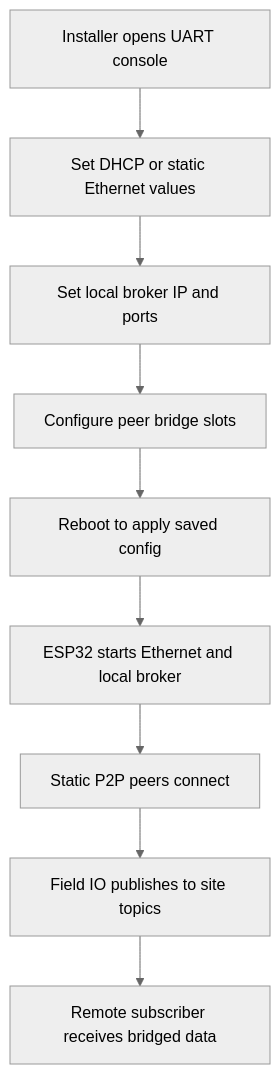
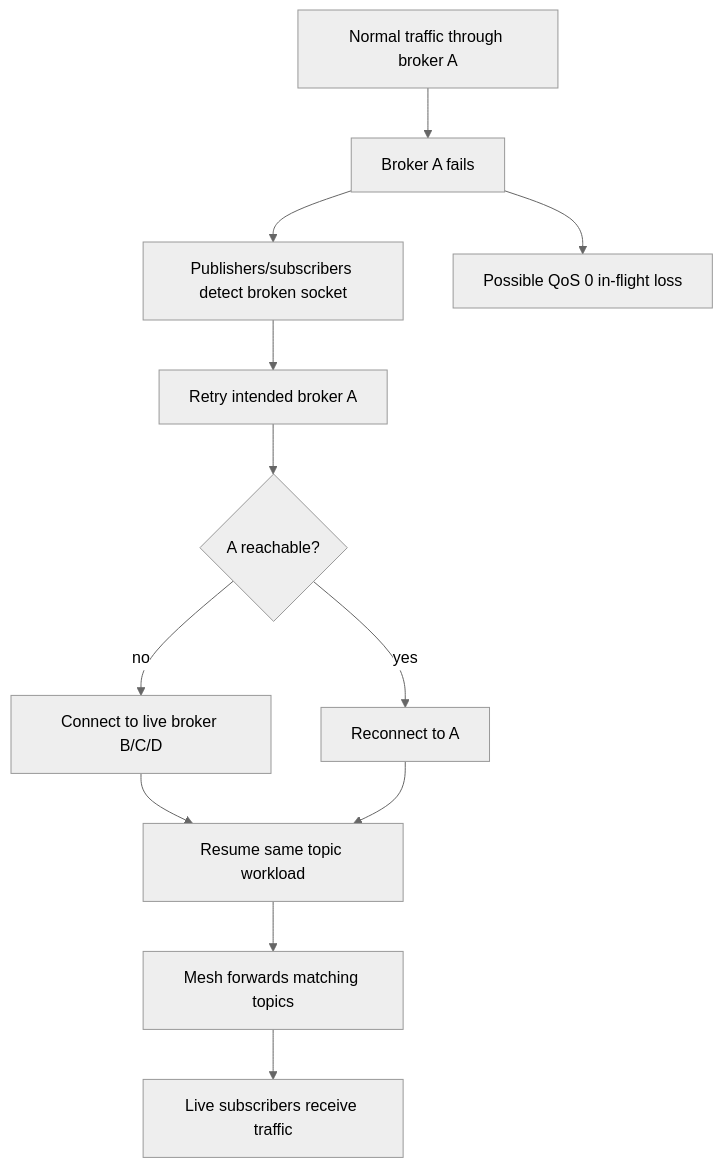
The third of 4 diagrams in README.md (judadao/mqtt_field_bridge_app), drawn with Mermaid (neutral theme) before and after one commit. The commit also changed other lines of this file, not shown here.

Commit message:
docs: expand mesh recovery README diagrams

````diff
--- a/README.md
+++ b/README.md
@@ -204,11 +267,14 @@
 ```mermaid
 flowchart TD
-    A[Installer opens UART console] --> B[Set DHCP or static Ethernet values]
-    B --> C[Set local broker IP and ports]
-    C --> D[Configure peer bridge slots]
-    D --> E[Reboot to apply saved config]
-    E --> F[ESP32 starts Ethernet and local broker]
-    F --> G[Static P2P peers connect]
-    G --> H[Field IO publishes to site topics]
-    H --> I[Remote subscriber receives bridged data]
+    Healthy[Normal traffic through broker A] --> Failure[Broker A fails]
+    Failure --> SocketBreak[Publishers/subscribers detect broken socket]
+    SocketBreak --> RetryA[Retry intended broker A]
+    RetryA --> Alive{A reachable?}
+    Alive -- yes --> RejoinA[Reconnect to A]
+    Alive -- no --> Fallback[Connect to live broker B/C/D]
+    Fallback --> Resume[Resume same topic workload]
+    RejoinA --> Resume
+    Resume --> MeshRoute[Mesh forwards matching topics]
+    MeshRoute --> Delivered[Live subscribers receive traffic]
+    Failure --> BoundaryLoss[Possible QoS 0 in-flight loss]
 ```
````
